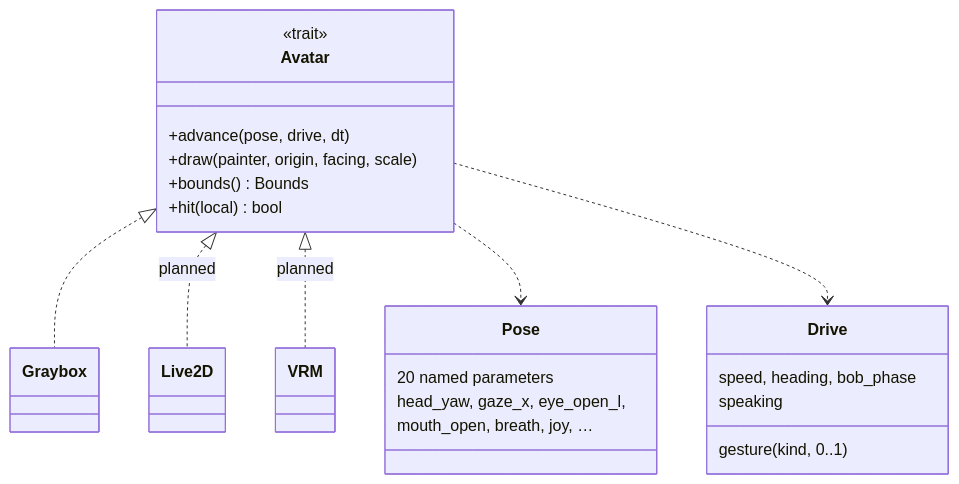
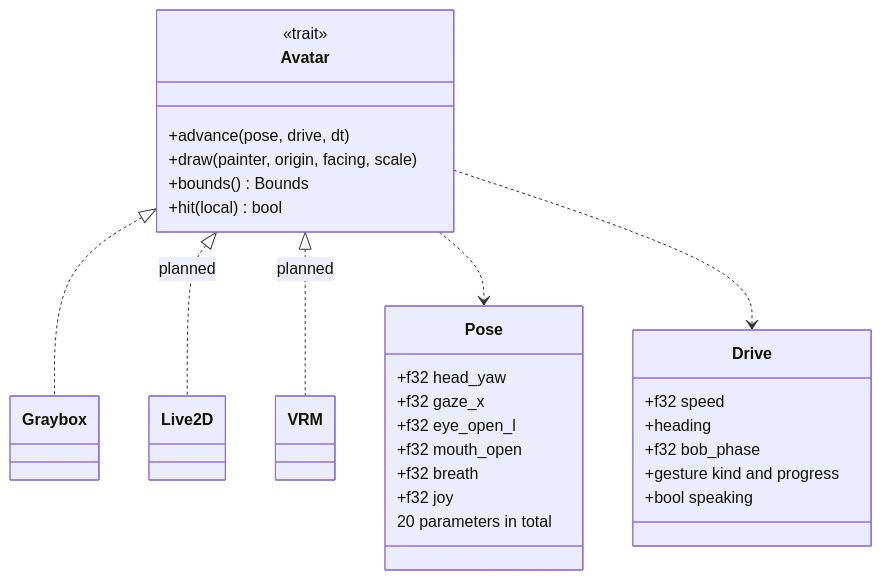
One commit to api-haus/lilguys changed the seventh of 8 diagrams in docs/architecture.md. Above: the diagram before and after it, drawn with Mermaid. The commit also changed other lines of this file and 10 other files, not shown here.

````diff
--- a/docs/architecture.md
+++ b/docs/architecture.md
@@ -277,25 +276,31 @@
 ```mermaid
 classDiagram
     class Avatar {
         <<trait>>
         +advance(pose, drive, dt)
         +draw(painter, origin, facing, scale)
         +bounds() Bounds
         +hit(local) bool
     }
     class Pose {
-        20 named parameters
-        head_yaw, gaze_x, eye_open_l,
-        mouth_open, breath, joy, …
+        +f32 head_yaw
+        +f32 gaze_x
+        +f32 eye_open_l
+        +f32 mouth_open
+        +f32 breath
+        +f32 joy
+        20 parameters in total
     }
     class Drive {
-        speed, heading, bob_phase
-        gesture(kind, 0..1)
-        speaking
+        +f32 speed
+        +heading
+        +f32 bob_phase
+        +gesture kind and progress
+        +bool speaking
     }
     Avatar <|.. Graybox
     Avatar <|.. Live2D : planned
     Avatar <|.. VRM : planned
     Avatar ..> Pose
     Avatar ..> Drive
 ```
````
